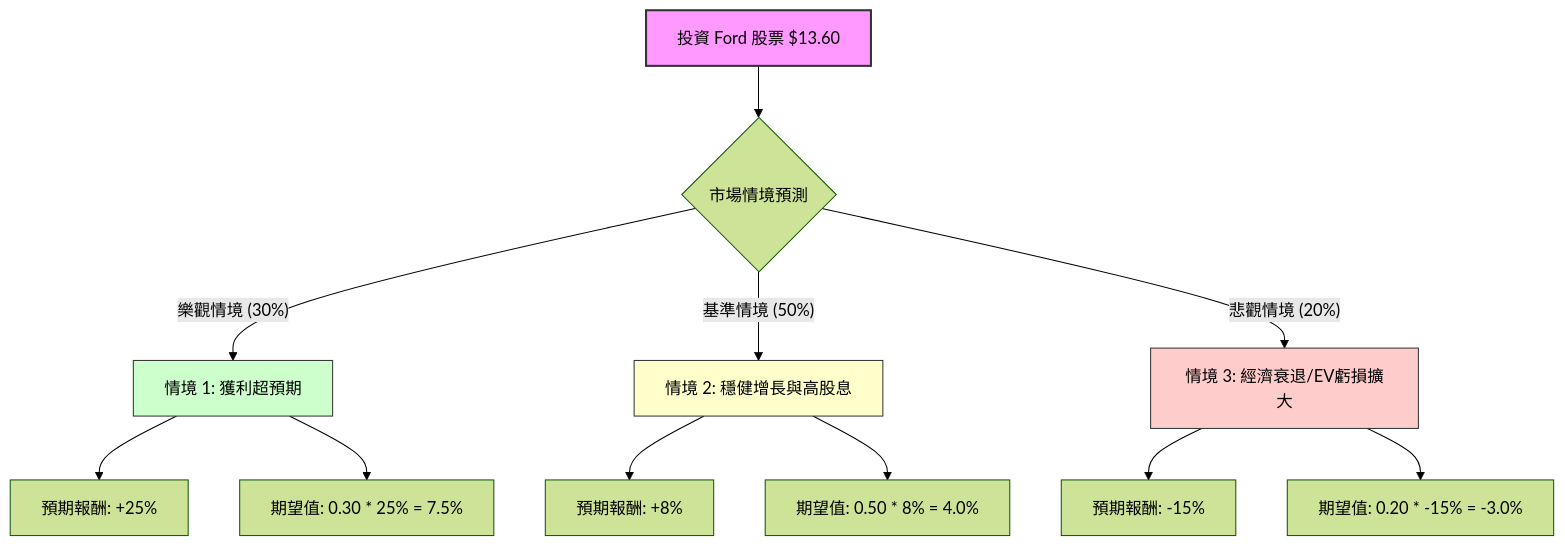
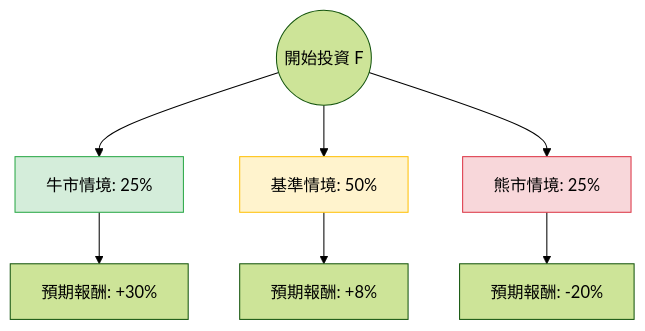
The diagram in plugin-react/ai-analysis/ev-analysis/F.md (zmcx16/zmcx16.github.io), drawn with Mermaid (forest theme) before and after one commit. The commit also changed other lines of this file and 67 other files, not shown here.

````diff
--- a/plugin-react/ai-analysis/ev-analysis/F.md
+++ b/plugin-react/ai-analysis/ev-analysis/F.md
@@ -22,21 +25,14 @@
 ```mermaid
 graph TD
-    A[投資 Ford 股票 $13.60] --> B{市場情境預測}
-    
-    B -- 樂觀情境 (30%) --> C[情境 1: 獲利超預期]
-    C --> C1[預期報酬: +25%]
-    C --> C2[期望值: 0.30 * 25% = 7.5%]
+    Start((開始投資 F)) --> Bull[牛市情境: 25%]
+    Start --> Base[基準情境: 50%]
+    Start --> Bear[熊市情境: 25%]
 
-    B -- 基準情境 (50%) --> D[情境 2: 穩健增長與高股息]
-    D --> D1[預期報酬: +8%]
-    D --> D2[期望值: 0.50 * 8% = 4.0%]
+    Bull --> Bull_EV[預期報酬: +30%]
+    Base --> Base_EV[預期報酬: +8%]
+    Bear --> Bear_EV[預期報酬: -20%]
 
-    B -- 悲觀情境 (20%) --> E[情境 3: 經濟衰退/EV虧損擴大]
-    E --> E1[預期報酬: -15%]
-    E --> E2[期望值: 0.20 * -15% = -3.0%]
-
-    style A fill:#f9f,stroke:#333,stroke-width:2px
-    style C fill:#ccffcc,stroke:#333
-    style D fill:#ffffcc,stroke:#333
-    style E fill:#ffcccc,stroke:#333
+    style Bull fill:#d4edda,stroke:#28a745
+    style Base fill:#fff3cd,stroke:#ffc107
+    style Bear fill:#f8d7da,stroke:#dc3545
 ```
````
